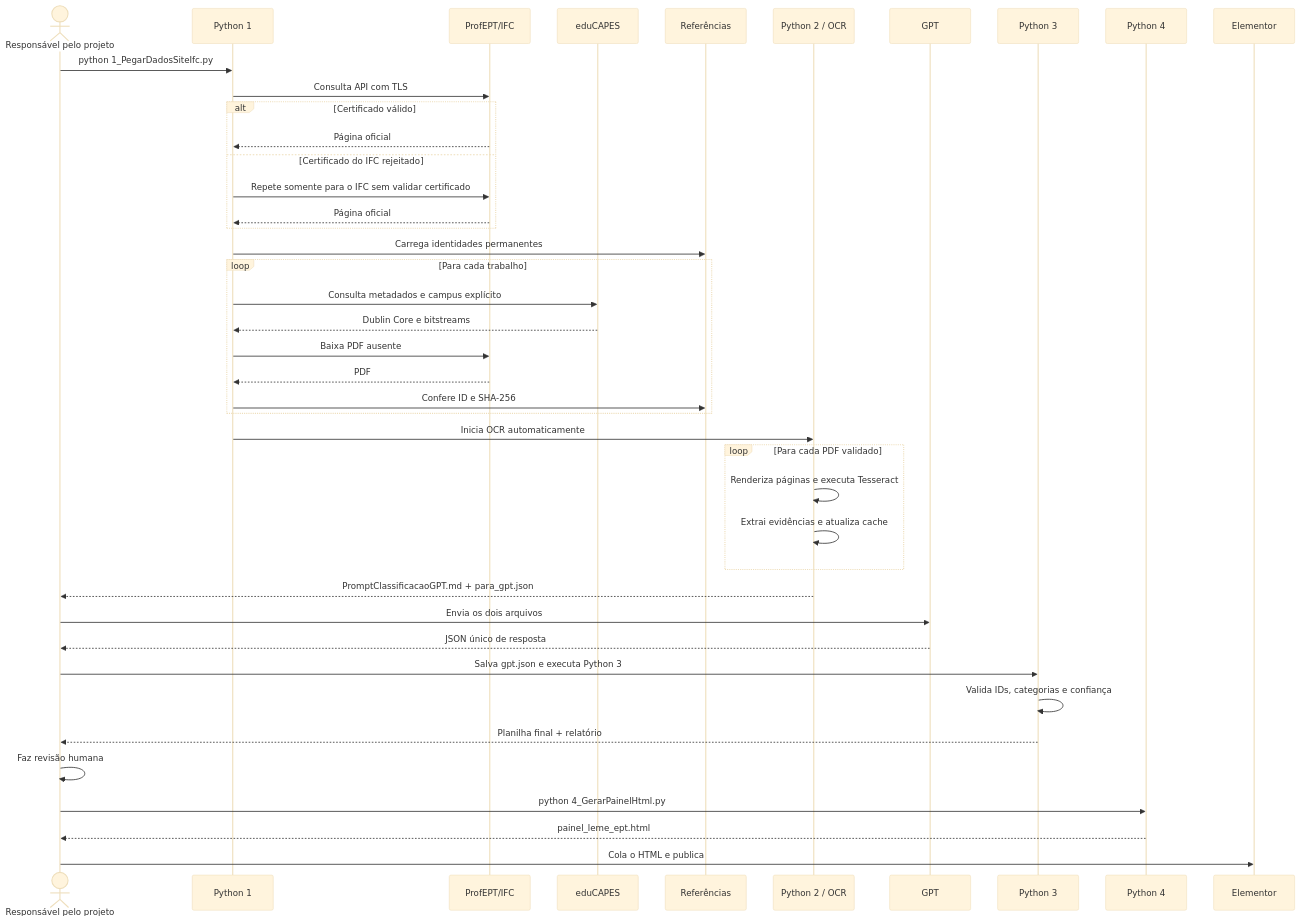
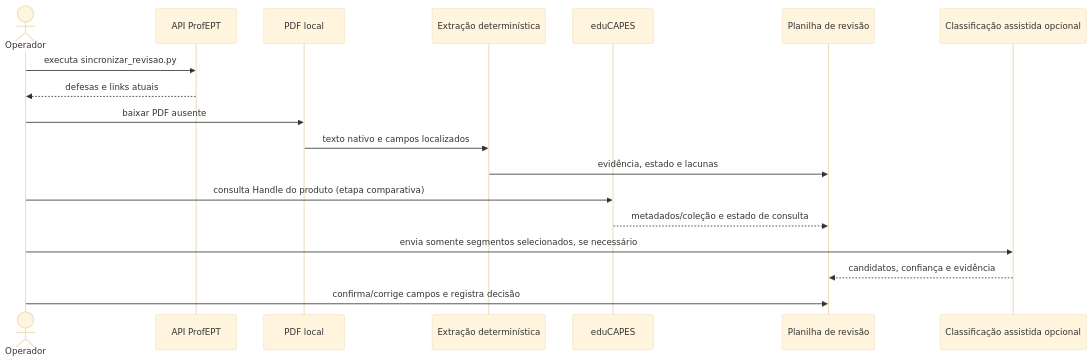
Before and after one commit to regi-lpf/lemeept: the fifth of 5 diagrams in DIAGRAMAS.md, drawn with Mermaid (base theme). The commit also changed other lines of this file and 15 other files, not shown here.

````diff
--- a/DIAGRAMAS.md
+++ b/DIAGRAMAS.md
@@ -252,45 +97,21 @@
 ```mermaid
 sequenceDiagram
-    actor Pessoa as Responsável pelo projeto
-    participant E1 as Python 1
-    participant IFC as ProfEPT/IFC
+    actor Operador
+    participant API as API ProfEPT
+    participant PDF as PDF local
+    participant EX as Extração determinística
     participant EDU as eduCAPES
-    participant REF as Referências
-    participant E2 as Python 2 / OCR
-    participant GPT as GPT
-    participant E3 as Python 3
-    participant E4 as Python 4
-    participant WP as Elementor
+    participant XLS as Planilha de revisão
+    participant GPT as Classificação assistida opcional
 
-    Pessoa->>E1: python 1_PegarDadosSiteIfc.py
-    E1->>IFC: Consulta API com TLS
-    alt Certificado válido
-        IFC-->>E1: Página oficial
-    else Certificado do IFC rejeitado
-        E1->>IFC: Repete somente para o IFC sem validar certificado
-        IFC-->>E1: Página oficial
-    end
-    E1->>REF: Carrega identidades permanentes
-    loop Para cada trabalho
-        E1->>EDU: Consulta metadados e campus explícito
-        EDU-->>E1: Dublin Core e bitstreams
-        E1->>IFC: Baixa PDF ausente
-        IFC-->>E1: PDF
-        E1->>REF: Confere ID e SHA-256
-    end
-    E1->>E2: Inicia OCR automaticamente
-    loop Para cada PDF validado
-        E2->>E2: Renderiza páginas e executa Tesseract
-        E2->>E2: Extrai evidências e atualiza cache
-    end
-    E2-->>Pessoa: PromptClassificacaoGPT.md + para_gpt.json
-    Pessoa->>GPT: Envia os dois arquivos
-    GPT-->>Pessoa: JSON único de resposta
-    Pessoa->>E3: Salva gpt.json e executa Python 3
-    E3->>E3: Valida IDs, categorias e confiança
-    E3-->>Pessoa: Planilha final + relatório
-    Pessoa->>Pessoa: Faz revisão humana
-    Pessoa->>E4: python 4_GerarPainelHtml.py
-    E4-->>Pessoa: painel_leme_ept.html
-    Pessoa->>WP: Cola o HTML e publica
+    Operador->>API: executa sincronizar_revisao.py
+    API-->>Operador: defesas e links atuais
+    Operador->>PDF: baixar PDF ausente
+    PDF->>EX: texto nativo e campos localizados
+    EX->>XLS: evidência, estado e lacunas
+    Operador->>EDU: consulta Handle do produto (etapa comparativa)
+    EDU-->>XLS: metadados/coleção e estado de consulta
+    Operador->>GPT: envia somente segmentos selecionados, se necessário
+    GPT-->>XLS: candidatos, confiança e evidência
+    Operador->>XLS: confirma/corrige campos e registra decisão
 ```
````
